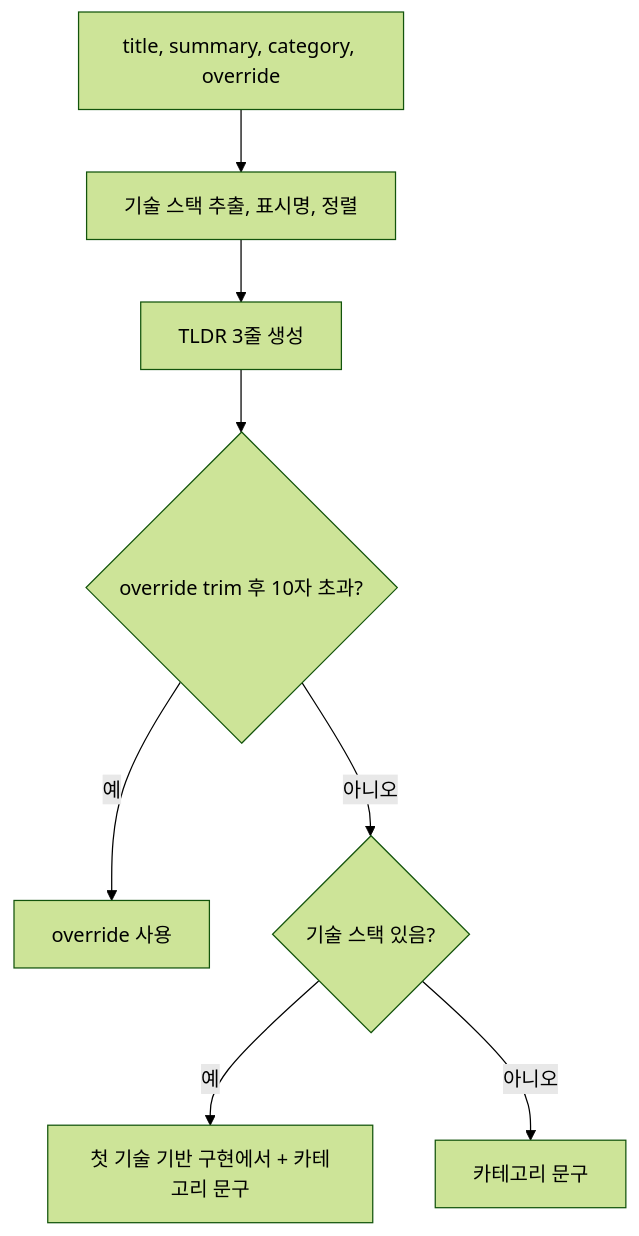
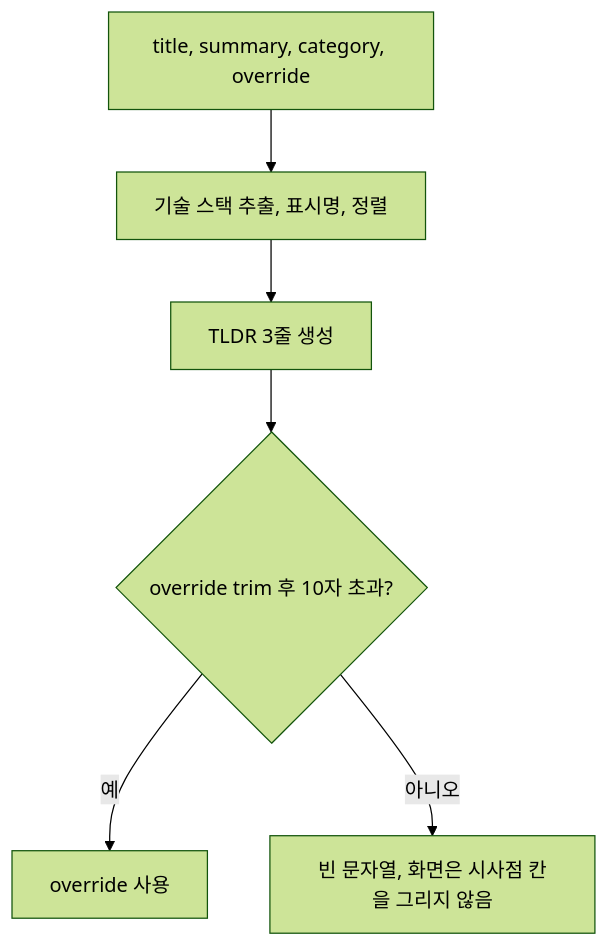
One commit to ozplayground/agent-lens changed diagram 15 of 26 in docs/spec-writer/fsd/03_COLLECTION_SPECIFICATION.md. Above: the diagram before and after it, drawn with Mermaid (forest theme). The commit also changed other lines of this file and 216 other files, not shown here.

````diff
--- a/docs/spec-writer/fsd/03_COLLECTION_SPECIFICATION.md
+++ b/docs/spec-writer/fsd/03_COLLECTION_SPECIFICATION.md
@@ -951,10 +979,8 @@
 ```mermaid
 flowchart TD
     A["title, summary, category, override"] --> B["기술 스택 추출, 표시명, 정렬"]
     B --> C["TLDR 3줄 생성"]
     C --> D{"override trim 후 10자 초과?"}
     D -->|예| E["override 사용"]
-    D -->|아니오| F{"기술 스택 있음?"}
-    F -->|예| G["첫 기술 기반 구현에서 + 카테고리 문구"]
-    F -->|아니오| H["카테고리 문구"]
+    D -->|아니오| F["빈 문자열, 화면은 시사점 칸을 그리지 않음"]
 ```
````
